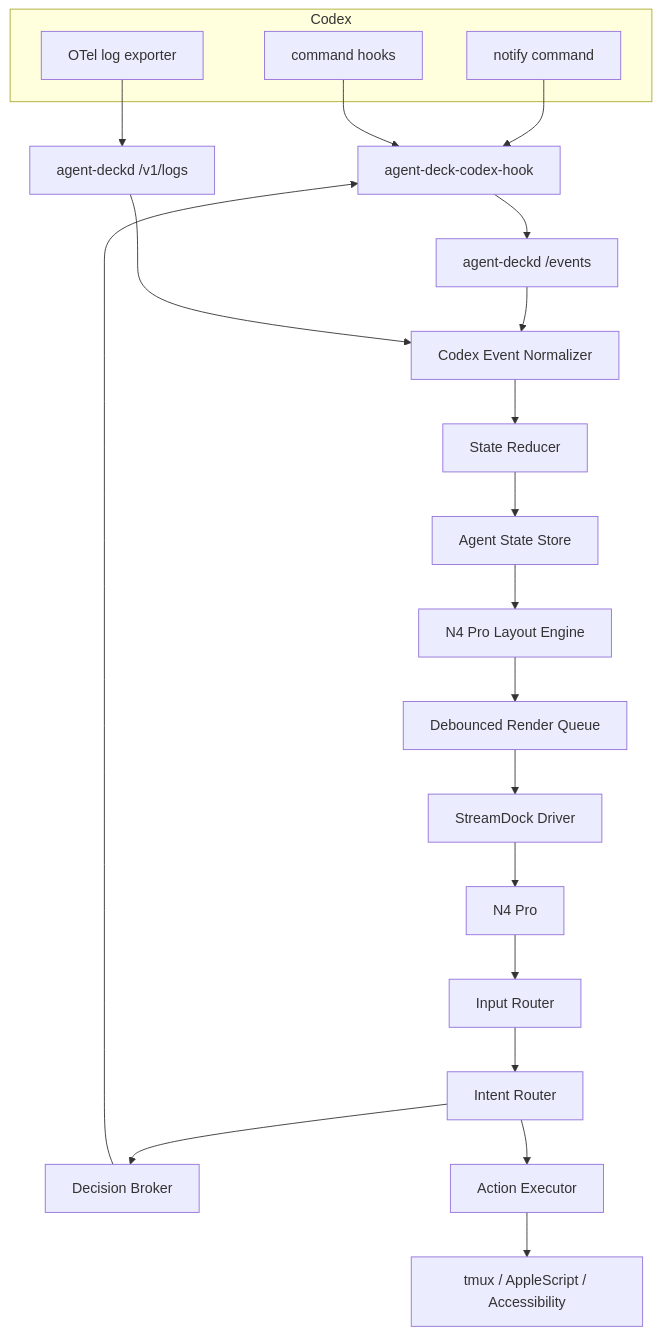
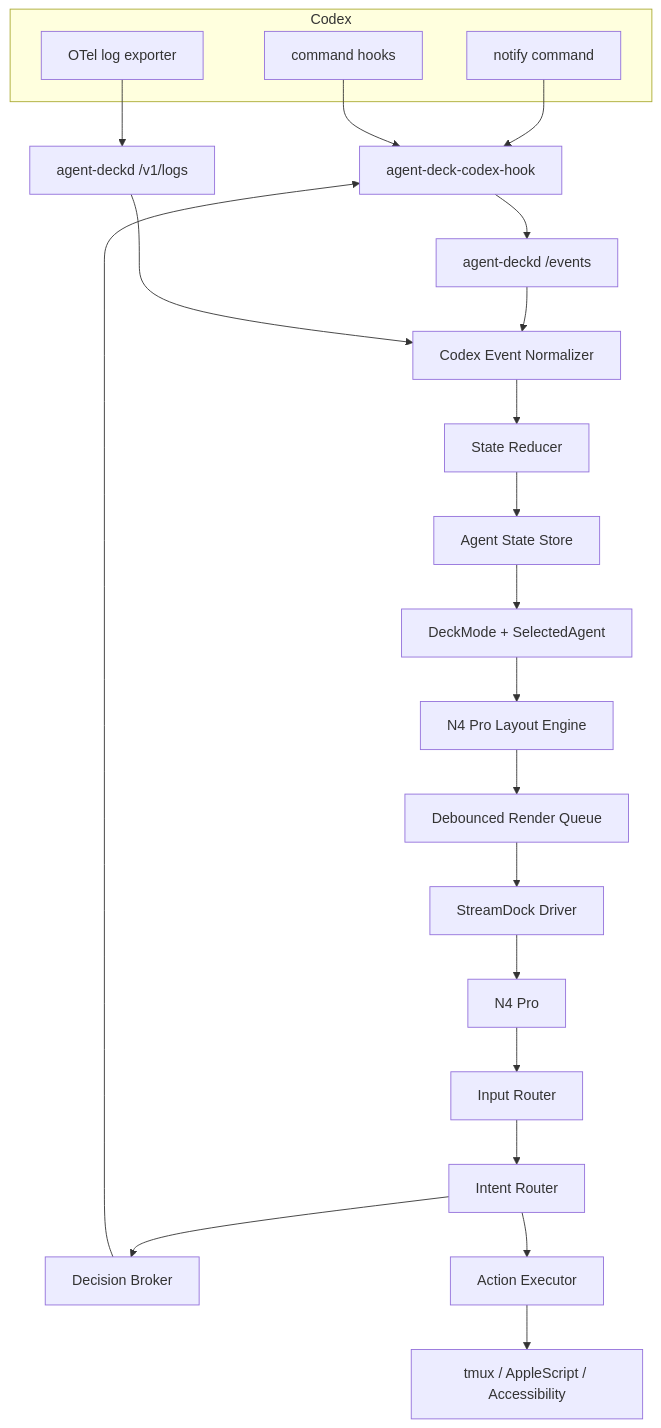
The diagram in docs/superpowers/specs/2026-06-12-agent-deck-mvp-design.md (breakstring/agent-deck), drawn with Mermaid before and after one commit. The commit also changed other lines of this file and 4 other files, not shown here.

````diff
--- a/docs/superpowers/specs/2026-06-12-agent-deck-mvp-design.md
+++ b/docs/superpowers/specs/2026-06-12-agent-deck-mvp-design.md
@@ -60,28 +60,29 @@
 ```mermaid
 flowchart TB
   subgraph Codex["Codex"]
     Notify["notify command"]
     Hooks["command hooks"]
     OTel["OTel log exporter"]
   end
 
   Notify --> HookHelper["agent-deck-codex-hook"]
   Hooks --> HookHelper
   OTel --> OTelReceiver["agent-deckd /v1/logs"]
   HookHelper --> EventAPI["agent-deckd /events"]
 
   EventAPI --> Normalizer["Codex Event Normalizer"]
   OTelReceiver --> Normalizer
   Normalizer --> Reducer["State Reducer"]
   Reducer --> StateStore["Agent State Store"]
-  StateStore --> Layout["N4 Pro Layout Engine"]
+  StateStore --> Mode["DeckMode + SelectedAgent"]
+  Mode --> Layout["N4 Pro Layout Engine"]
   Layout --> RenderQueue["Debounced Render Queue"]
   RenderQueue --> Driver["StreamDock Driver"]
   Driver --> N4Pro["N4 Pro"]
   N4Pro --> InputRouter["Input Router"]
   InputRouter --> IntentRouter["Intent Router"]
   IntentRouter --> DecisionBroker["Decision Broker"]
   IntentRouter --> ActionExecutor["Action Executor"]
   DecisionBroker --> HookHelper
   ActionExecutor --> MacOS["tmux / AppleScript / Accessibility"]
 ```
````
